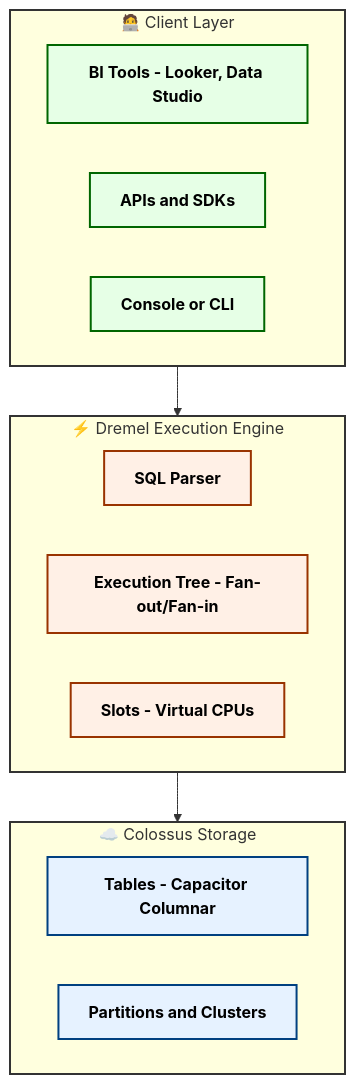
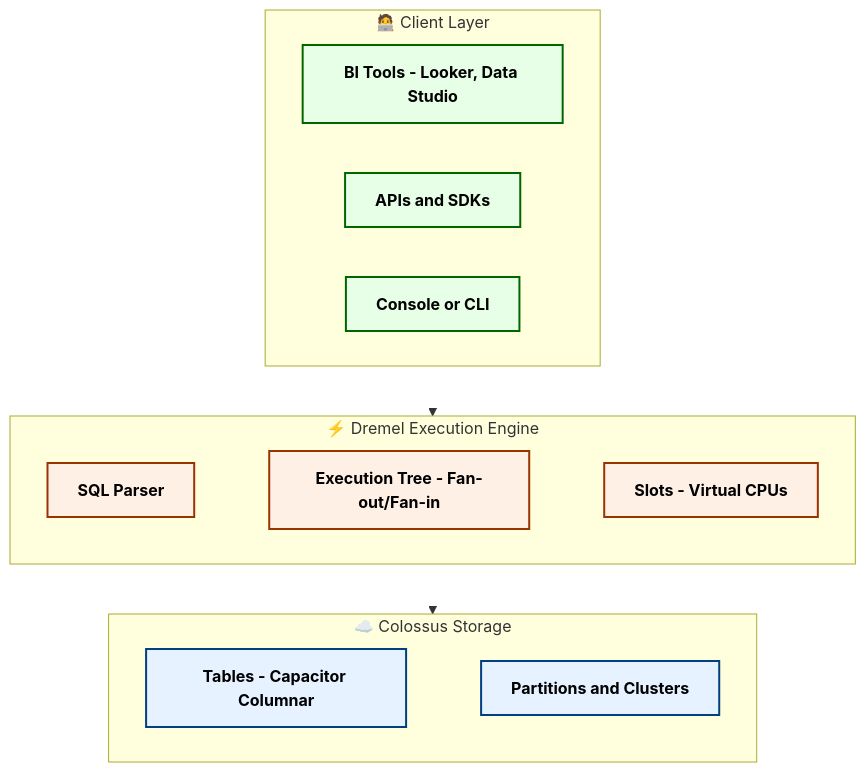
One commit to blaire101/DE2-AWS-Azure-GCP-2025 changed the first of 5 diagrams in GCP-interview.md. Above: the diagram before and after it, drawn with Mermaid.

````diff
--- a/GCP-interview.md
+++ b/GCP-interview.md
@@ -16,36 +16,42 @@
 ```mermaid
 flowchart TD
- subgraph Client["🧑‍💻 Client Layer"]
-        U1["BI Tools - Looker, Data Studio"]
-        U2["APIs and SDKs"]
-        U3["Console or CLI"]
-  end
- subgraph Compute["⚡ Dremel Execution Engine"]
-        Q1["SQL Parser"]
-        Q2["Execution Tree - Fan-out/Fan-in"]
-        Q3["Slots - Virtual CPUs"]
-  end
- subgraph Storage["☁️ Colossus Storage"]
-        T1["Tables - Capacitor Columnar"]
-        P1["Partitions and Clusters"]
-  end
-    Client --> Compute
-    Compute --> Storage
 
-     U1:::client
-     U2:::client
-     U3:::client
-     Q1:::compute
-     Q2:::compute
-     Q3:::compute
-     T1:::storage
-     P1:::storage
-     Client:::linkstroke
-     Compute:::linkstroke
-     Storage:::linkstroke
-    classDef storage fill:#e6f2ff,stroke:#004080,stroke-width:2px,color:#000,font-weight:bold
-    classDef compute fill:#fff0e6,stroke:#993300,stroke-width:2px,color:#000,font-weight:bold
-    classDef client fill:#e6ffe6,stroke:#006600,stroke-width:2px,color:#000,font-weight:bold
-    classDef linkstroke stroke:#333,stroke-width:2px
+%% ===== Styles =====
+classDef storage fill:#e6f2ff,stroke:#004080,stroke-width:2px,color:#000,font-weight:bold
+classDef compute fill:#fff0e6,stroke:#993300,stroke-width:2px,color:#000,font-weight:bold
+classDef client  fill:#e6ffe6,stroke:#006600,stroke-width:2px,color:#000,font-weight:bold
 
+%% ===== Client Layer: subgraph with nodes forced horizontal via hidden links =====
+subgraph Client["🧑‍💻 Client Layer"]
+U1["BI Tools - Looker, Data Studio"]:::client
+U2["APIs and SDKs"]:::client
+U3["Console or CLI"]:::client
+end
+
+%% ===== Compute Layer =====
+subgraph Compute["⚡ Dremel Execution Engine"]
+Q1["SQL Parser"]:::compute
+Q2["Execution Tree - Fan-out/Fan-in"]:::compute
+Q3["Slots - Virtual CPUs"]:::compute
+Q1 --- Q2
+Q2 --- Q3
+end
+
+%% ===== Storage Layer =====
+subgraph Storage["☁️ Colossus Storage"]
+T1["Tables - Capacitor Columnar"]:::storage
+P1["Partitions and Clusters"]:::storage
+T1 --- P1
+end
+
+%% ===== Vertical flow between the three frames =====
+Client --> Compute
+Compute --> Storage
+
+%% ===== Hide the helper horizontal links so only the frames and vertical arrows remain =====
+linkStyle 0 stroke-width:0px,fill:none
+linkStyle 1 stroke-width:0px,fill:none
+linkStyle 2 stroke-width:0px,fill:none
+linkStyle 3 stroke-width:0px,fill:none
+linkStyle 4 stroke-width:0px,fill:none
 ```
````
